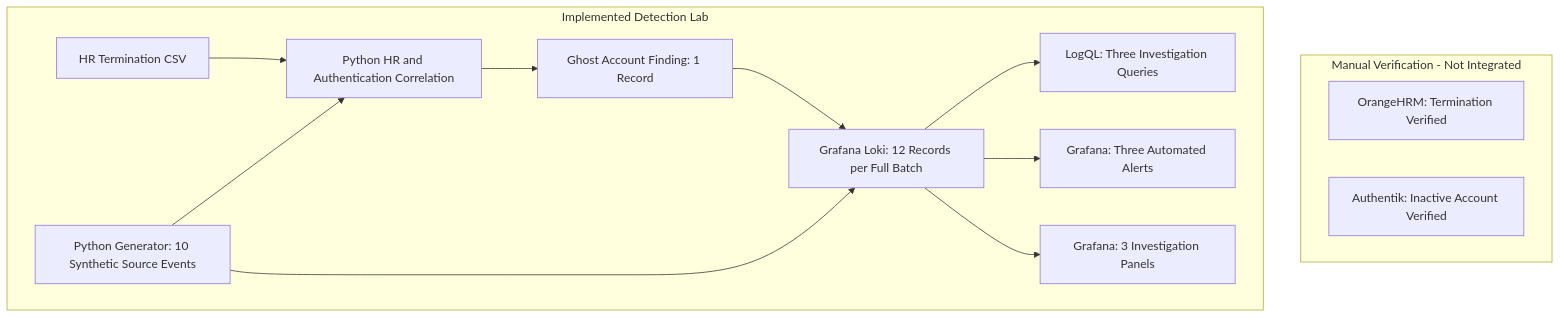
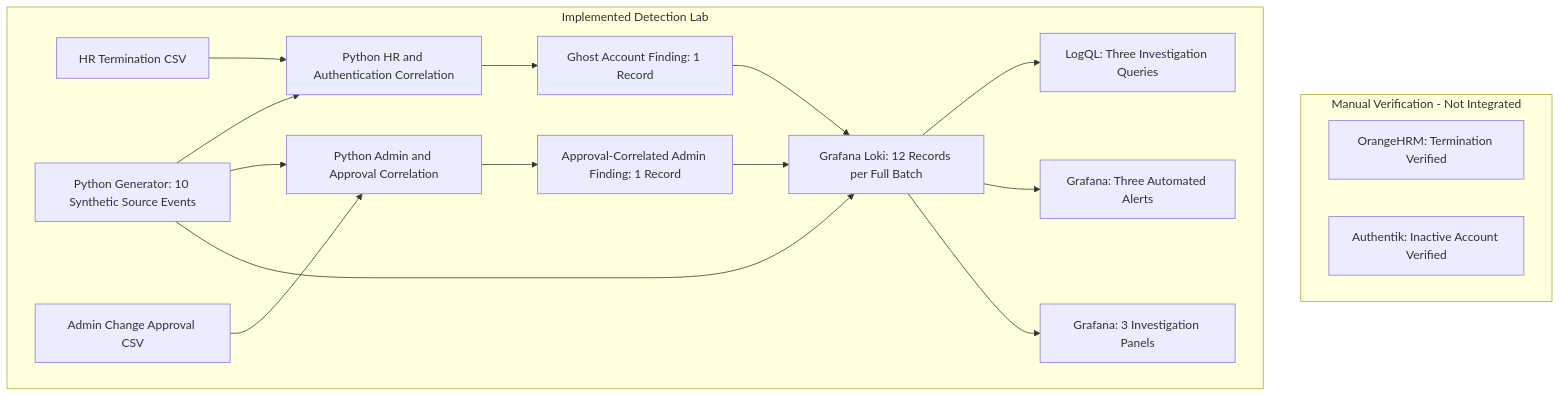
One commit to sososimple-cmd/identity-threat-detection-lab changed the diagram in README.md. Above: the diagram before and after it, drawn with Mermaid.

Commit message:
Update architecture diagram for approval correlation

````diff
--- a/README.md
+++ b/README.md
@@ -56,27 +56,40 @@
 ```mermaid
 flowchart TB
     subgraph CONTEXT["Manual Verification - Not Integrated"]
         ORANGE["OrangeHRM: Termination Verified"]
         AUTH["Authentik: Inactive Account Verified"]
     end
 
     subgraph LAB["Implemented Detection Lab"]
         HR["HR Termination CSV"]
+        APPROVAL["Admin Change Approval CSV"]
         GEN["Python Generator: 10 Synthetic Source Events"]
-        CORR["Python HR and Authentication Correlation"]
-        FIND["Ghost Account Finding: 1 Record"]
+
+        GHOSTCORR["Python HR and Authentication Correlation"]
+        ADMINCORR["Python Admin and Approval Correlation"]
+
+        GHOSTFIND["Ghost Account Finding: 1 Record"]
+        ADMINFIND["Approval-Correlated Admin Finding: 1 Record"]
+
         LOKI["Grafana Loki: 12 Records per Full Batch"]
         HUNTS["LogQL: Three Investigation Queries"]
         ALERT["Grafana: Three Automated Alerts"]
         DASH["Grafana: 3 Investigation Panels"]
 
-        HR --> CORR
-        GEN --> CORR
-        CORR --> FIND
+        HR --> GHOSTCORR
+        GEN --> GHOSTCORR
+        GHOSTCORR --> GHOSTFIND
+
+        APPROVAL --> ADMINCORR
+        GEN --> ADMINCORR
+        ADMINCORR --> ADMINFIND
+
         GEN --> LOKI
-        FIND --> LOKI
+        GHOSTFIND --> LOKI
+        ADMINFIND --> LOKI
+
         LOKI --> HUNTS
         LOKI --> ALERT
         LOKI --> DASH
     end
 ```
````
